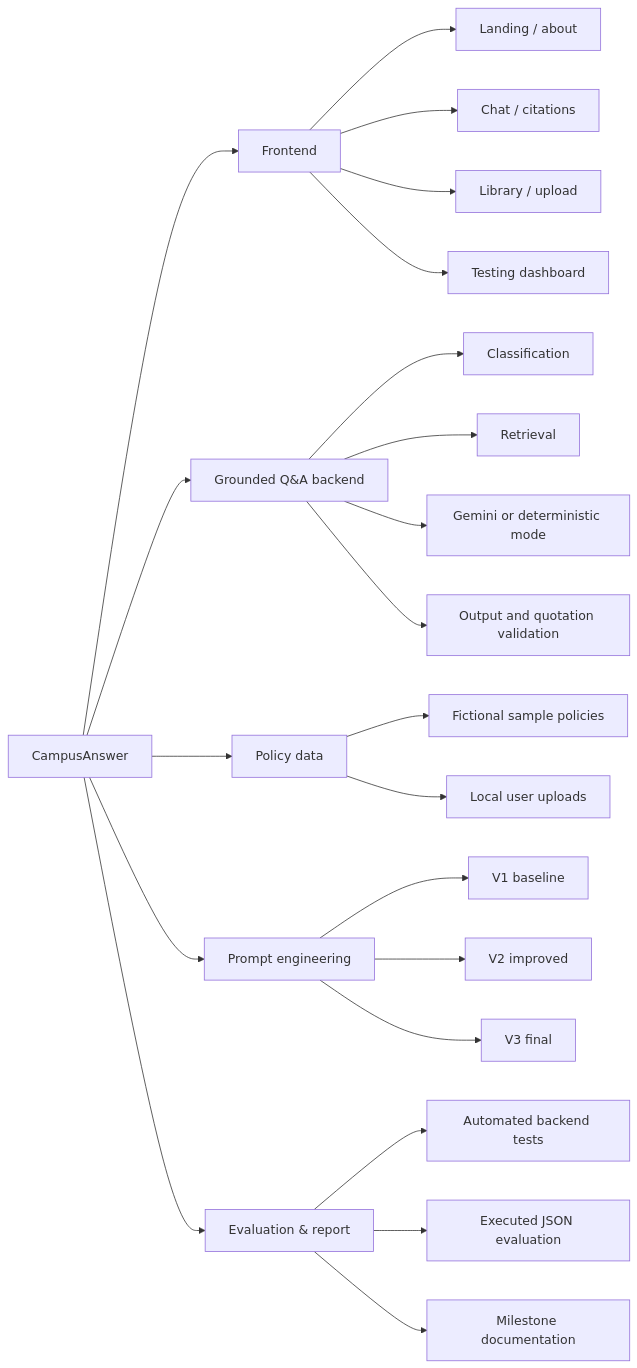
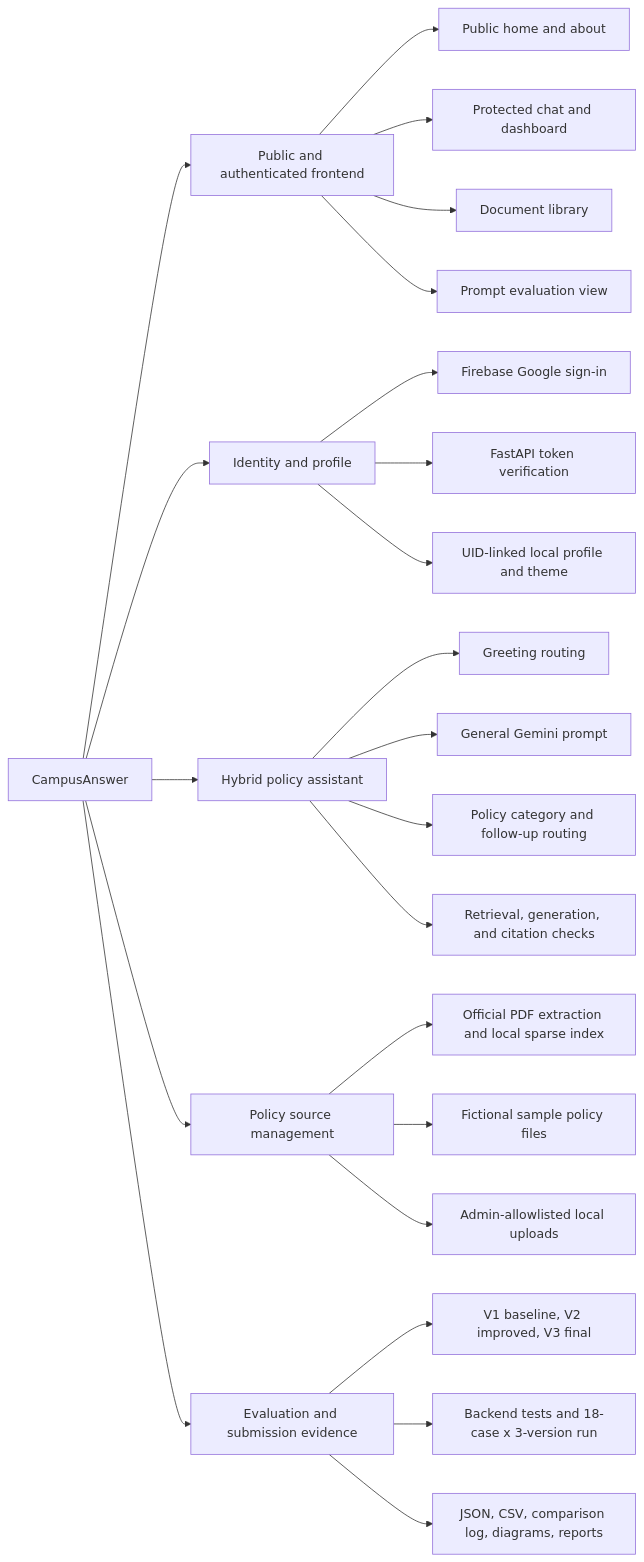
One commit to Codewth/prompt_campusAnswer changed the diagram in docs/diagrams/task-decomposition.mmd. Above: the diagram before and after it, drawn with Mermaid. The commit also changed 52 other files, not shown here.

Commit message:
Prepare CampusAnswer for milestone submission and deployment

```diff
--- a/docs/diagrams/task-decomposition.mmd
+++ b/docs/diagrams/task-decomposition.mmd
@@ -1,22 +1,23 @@
 flowchart LR
-    A[CampusAnswer] --> B[Frontend]
-    A --> C[Grounded Q&A backend]
-    A --> D[Policy data]
-    A --> E[Prompt engineering]
-    A --> F[Evaluation & report]
-    B --> B1[Landing / about]
-    B --> B2[Chat / citations]
-    B --> B3[Library / upload]
-    B --> B4[Testing dashboard]
-    C --> C1[Classification]
-    C --> C2[Retrieval]
-    C --> C3[Gemini or deterministic mode]
-    C --> C4[Output and quotation validation]
-    D --> D1[Fictional sample policies]
-    D --> D2[Local user uploads]
-    E --> E1[V1 baseline]
-    E --> E2[V2 improved]
-    E --> E3[V3 final]
-    F --> F1[Automated backend tests]
-    F --> F2[Executed JSON evaluation]
-    F --> F3[Milestone documentation]
+    A[CampusAnswer] --> B[Public and authenticated frontend]
+    A --> C[Identity and profile]
+    A --> D[Hybrid policy assistant]
+    A --> E[Policy source management]
+    A --> F[Evaluation and submission evidence]
+    B --> B1[Public home and about]
+    B --> B2[Protected chat and dashboard]
+    B --> B3[Document library]
+    B --> B4[Prompt evaluation view]
+    C --> C1[Firebase Google sign-in]
+    C --> C2[FastAPI token verification]
+    C --> C3[UID-linked local profile and theme]
+    D --> D1[Greeting routing]
+    D --> D2[General Gemini prompt]
+    D --> D3[Policy category and follow-up routing]
+    D --> D4[Retrieval, generation, and citation checks]
+    E --> E1[Official PDF extraction and local sparse index]
+    E --> E2[Fictional sample policy files]
+    E --> E3[Admin-allowlisted local uploads]
+    F --> F1[V1 baseline, V2 improved, V3 final]
+    F --> F2[Backend tests and 18-case x 3-version run]
+    F --> F3[JSON, CSV, comparison log, diagrams, reports]
```
